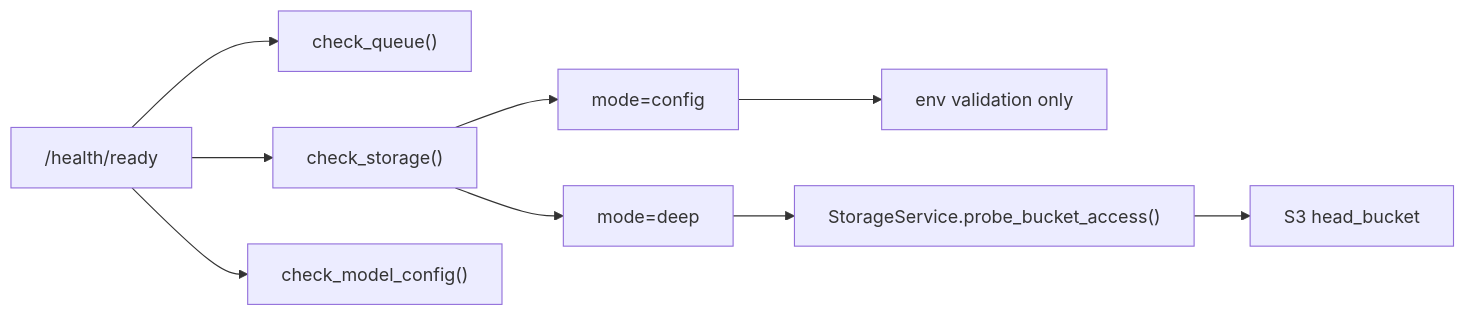
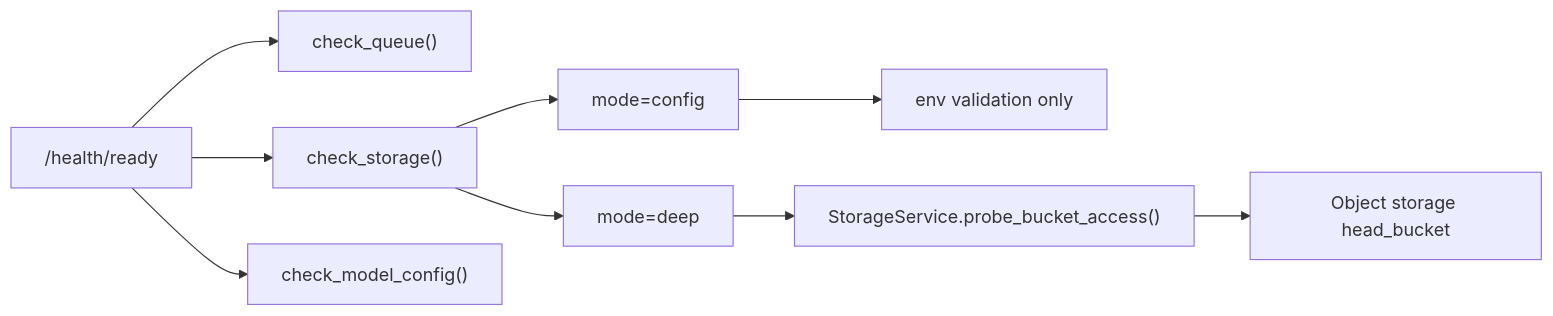
The diagram in docs/architecture/healthcheck-probes.md (Junnhwi/smart-glass-project), drawn with Mermaid before and after one commit. The commit also changed other lines of this file and 23 other files, not shown here.

First line of the commit message:
refactor: 네이버클라우드 object storage 기준으로 스토리지 설정 전환

````diff
--- a/docs/architecture/healthcheck-probes.md
+++ b/docs/architecture/healthcheck-probes.md
@@ -74,11 +74,11 @@
 ```mermaid
 flowchart LR
   A["/health/ready"] --> B["check_queue()"]
   A --> C["check_storage()"]
   A --> D["check_model_config()"]
   C --> E["mode=config"]
   C --> F["mode=deep"]
   E --> G["env validation only"]
   F --> H["StorageService.probe_bucket_access()"]
-  H --> I["S3 head_bucket"]
+  H --> I["Object storage head_bucket"]
 ```
````
